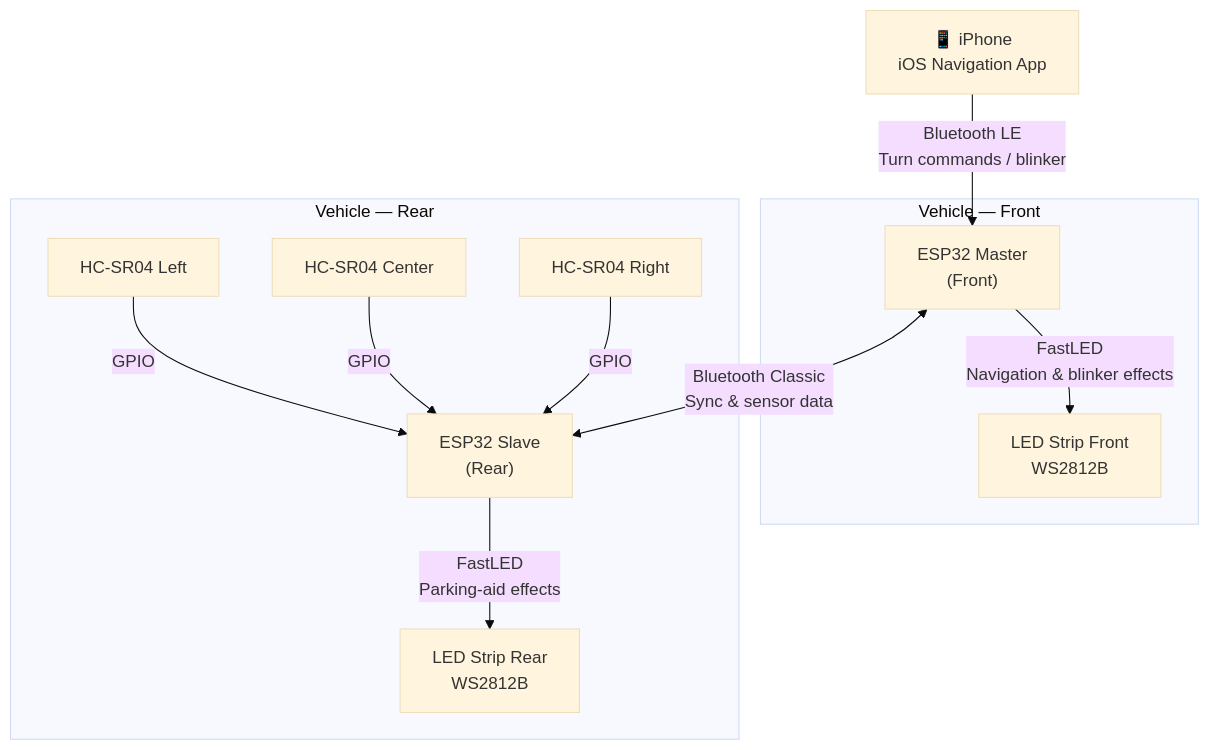
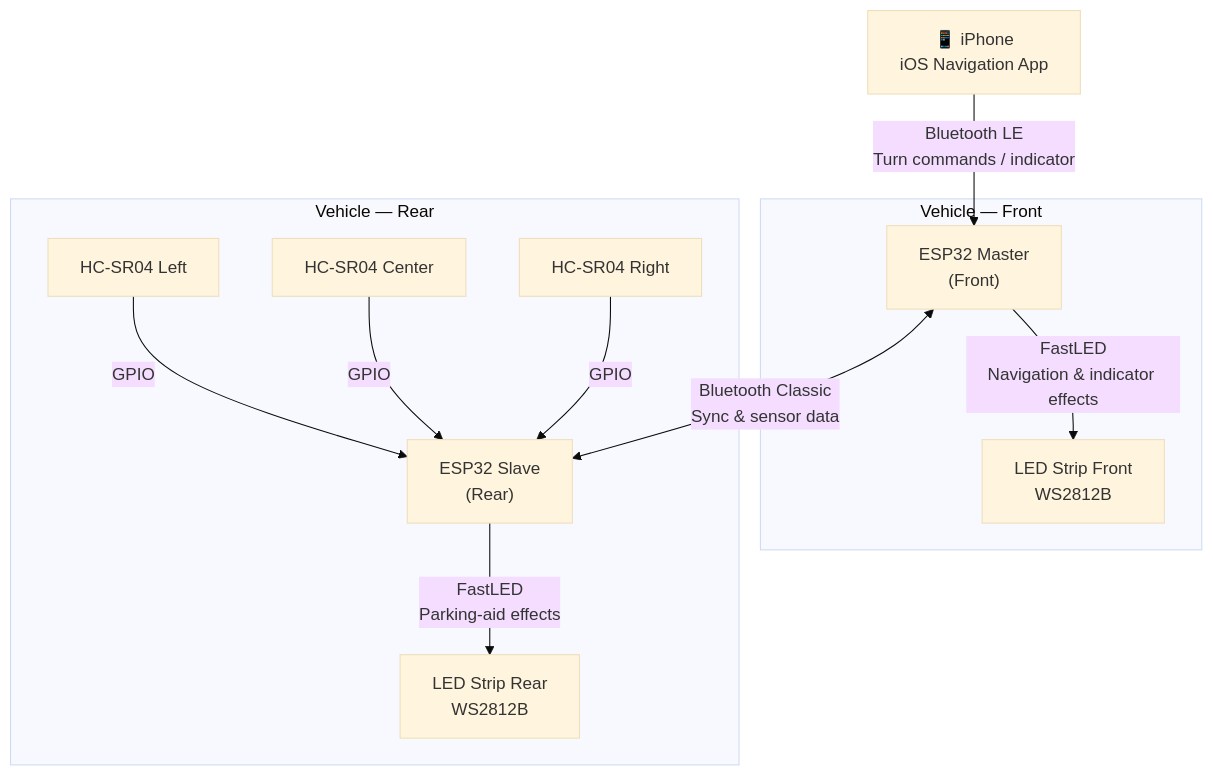
Before and after one commit to vergissberlin/ambientnav: the diagram in docs/src/content/docs/architecture.md, drawn with Mermaid (base theme). The commit also changed other lines of this file and 7 other files, not shown here.

First line of the commit message:
refactor(docs): rename BLINKER_* to INDICATOR_* and enforce English for code identifiers

````diff
--- a/docs/src/content/docs/architecture.md
+++ b/docs/src/content/docs/architecture.md
@@ -8,23 +8,23 @@
 ```mermaid
 graph TB
     iPhone["📱 iPhone\niOS Navigation App"]
 
     subgraph FRONT["Vehicle — Front"]
         ESP32_F["ESP32 Master\n(Front)"]
         LED_F["LED Strip Front\nWS2812B"]
     end
 
     subgraph REAR["Vehicle — Rear"]
         ESP32_R["ESP32 Slave\n(Rear)"]
         LED_R["LED Strip Rear\nWS2812B"]
         US1["HC-SR04 Left"]
         US2["HC-SR04 Center"]
         US3["HC-SR04 Right"]
     end
 
-    iPhone -->|"Bluetooth LE\nTurn commands / blinker"| ESP32_F
-    ESP32_F -->|"FastLED\nNavigation & blinker effects"| LED_F
+    iPhone -->|"Bluetooth LE\nTurn commands / indicator"| ESP32_F
+    ESP32_F -->|"FastLED\nNavigation & indicator effects"| LED_F
     ESP32_F <-->|"Bluetooth Classic\nSync & sensor data"| ESP32_R
     ESP32_R -->|"FastLED\nParking-aid effects"| LED_R
     US1 & US2 & US3 -->|GPIO| ESP32_R
 ```
````
